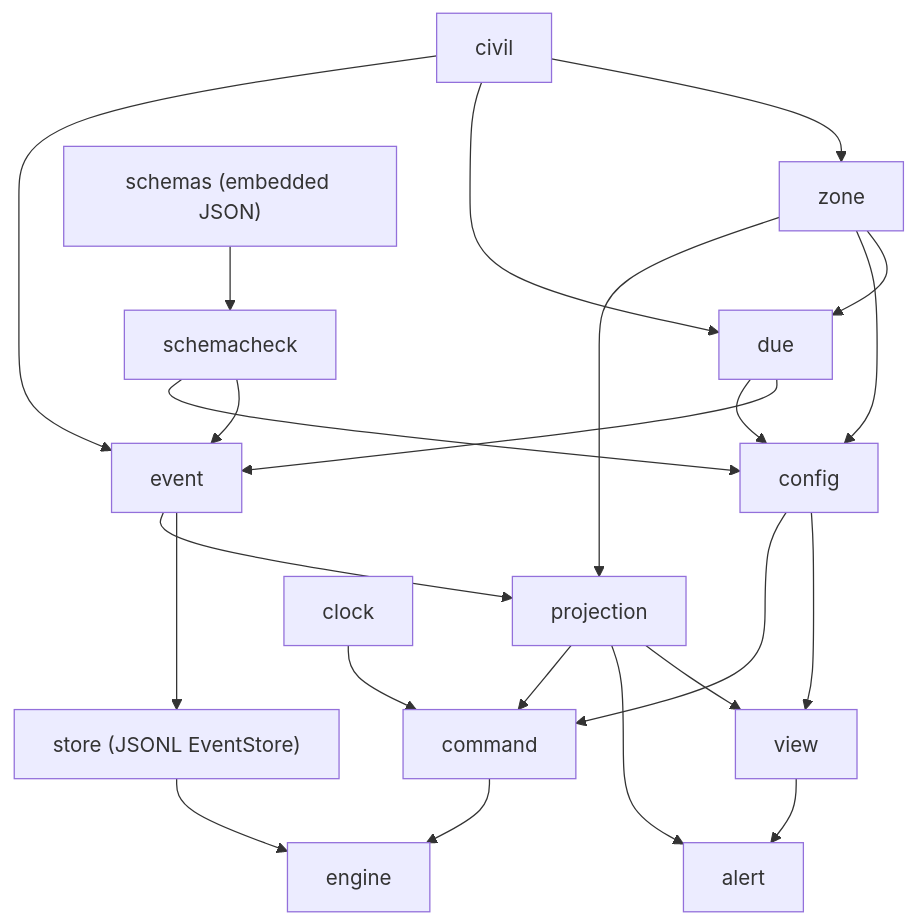
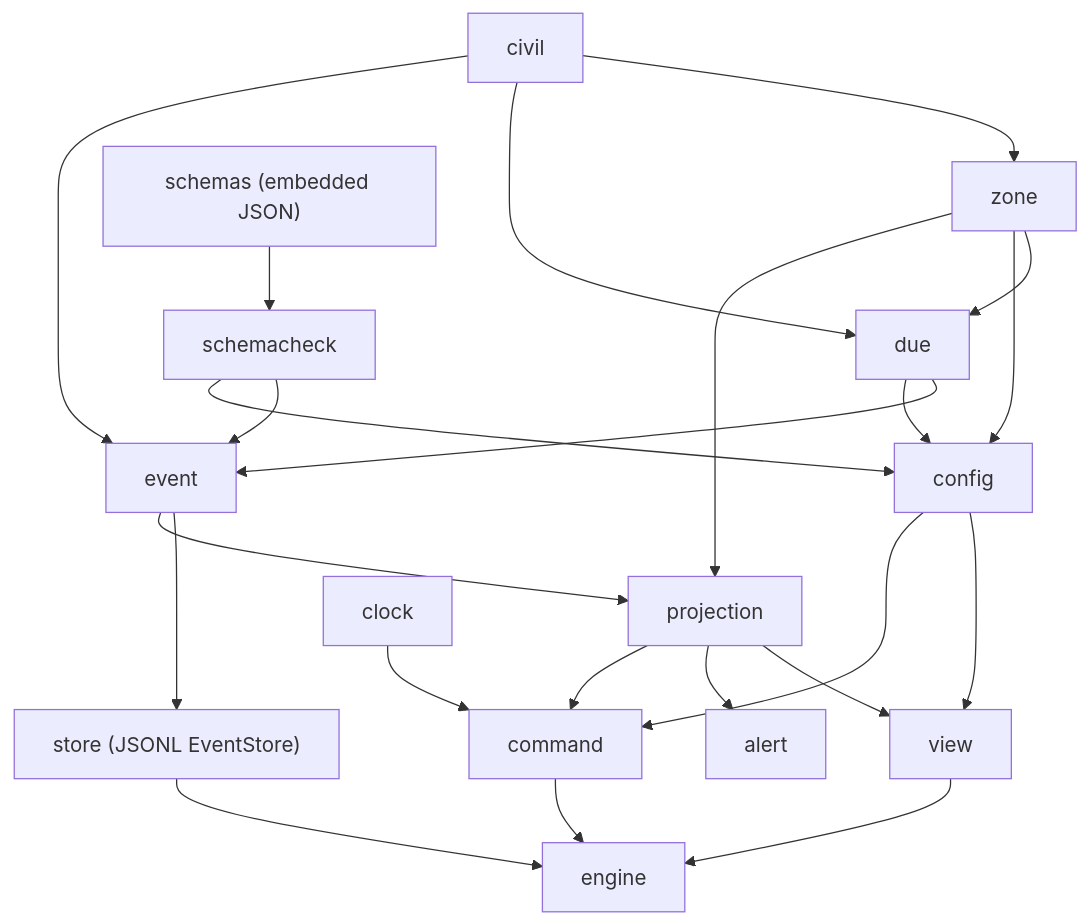
The diagram in docs/superpowers/plans/2026-10-08-pg-task-focus-1-core-library.md (phillipgreenii/nix-agent-support), drawn with Mermaid before and after one commit. The commit also changed other lines of this file and 1 other file, not shown here.

````diff
--- a/docs/superpowers/plans/2026-10-08-pg-task-focus-1-core-library.md
+++ b/docs/superpowers/plans/2026-10-08-pg-task-focus-1-core-library.md
@@ -49,25 +49,25 @@
 ```mermaid
 flowchart TD
     civil["civil"] --> zone["zone"]
     civil --> due["due"]
     zone --> due
     due --> event["event"]
     civil --> event
     schemas["schemas (embedded JSON)"] --> schemacheck["schemacheck"]
     schemacheck --> event
     schemacheck --> config["config"]
     due --> config
     zone --> config
     event --> store["store (JSONL EventStore)"]
     event --> projection["projection"]
     zone --> projection
     projection --> view["view"]
     config --> view
     projection --> alert["alert"]
-    view --> alert
+    view --> engine
     projection --> command["command"]
     config --> command
     clock["clock"] --> command
     command --> engine["engine"]
     store --> engine
 ```
````
